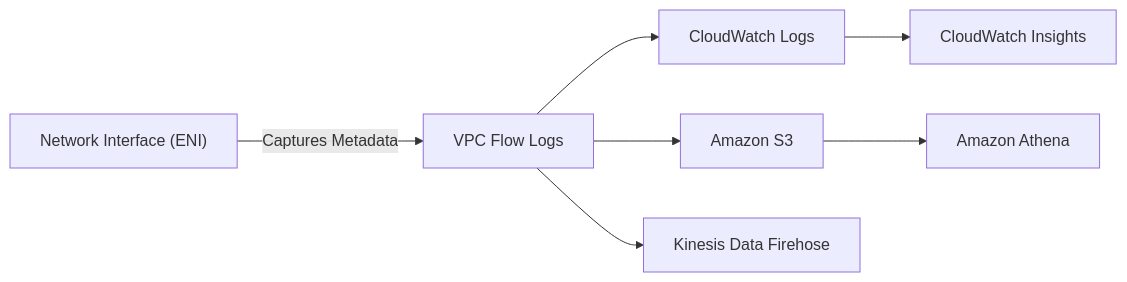
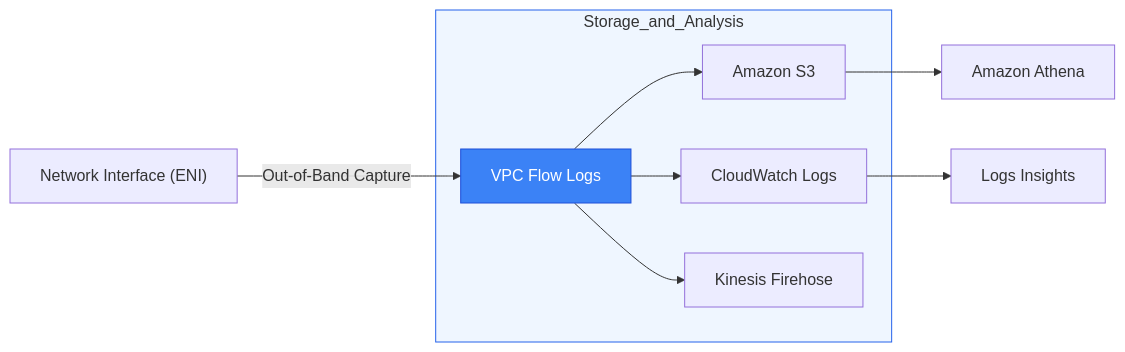
Before and after one commit to Ganil151/Devops: the diagram in 2-Intermediate/01-Phase-1/01-Networking/10-Monitoring-and-Troubleshooting/01-VPC-Flow-Logs-Network-Visibility/README.md, drawn with Mermaid. The commit also changed other lines of this file and 51 other files, not shown here.

````diff
--- a/2-Intermediate/01-Phase-1/01-Networking/10-Monitoring-and-Troubleshooting/01-VPC-Flow-Logs-Network-Visibility/README.md
+++ b/2-Intermediate/01-Phase-1/01-Networking/10-Monitoring-and-Troubleshooting/01-VPC-Flow-Logs-Network-Visibility/README.md
@@ -9,10 +5,16 @@
 ```mermaid
 graph LR
-    ENI["Network Interface (ENI)"] --> |Captures Metadata| FL["VPC Flow Logs"]
-    FL --> CWL["CloudWatch Logs"]
-    FL --> S3["Amazon S3"]
-    FL --> KDF["Kinesis Data Firehose"]
+    ENI["Network Interface (ENI)"] -->|Out-of-Band Capture| FL[VPC Flow Logs]
+    
+    subgraph Storage_and_Analysis
+        FL --> S3[Amazon S3]
+        FL --> CWL[CloudWatch Logs]
+        FL --> KDF[Kinesis Firehose]
+    end
 
-CWL --> CWI["CloudWatch Insights"]
-    S3 --> Athena["Amazon Athena"]
+    S3 --> Athena[Amazon Athena]
+    CWL --> Insights[Logs Insights]
+
+    style FL fill:#3b82f6,stroke:#1d4ed8,color:#fff
+    style Storage_and_Analysis fill:#eff6ff,stroke:#2563eb
 ```
````
